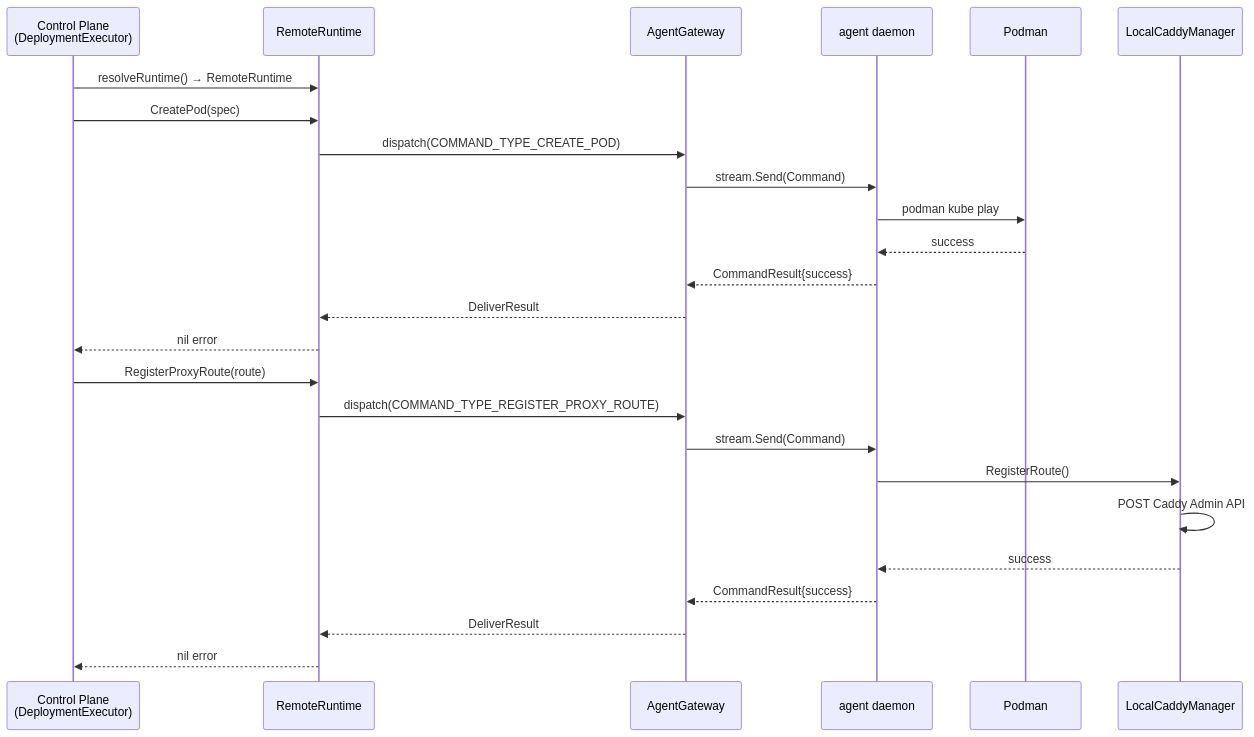
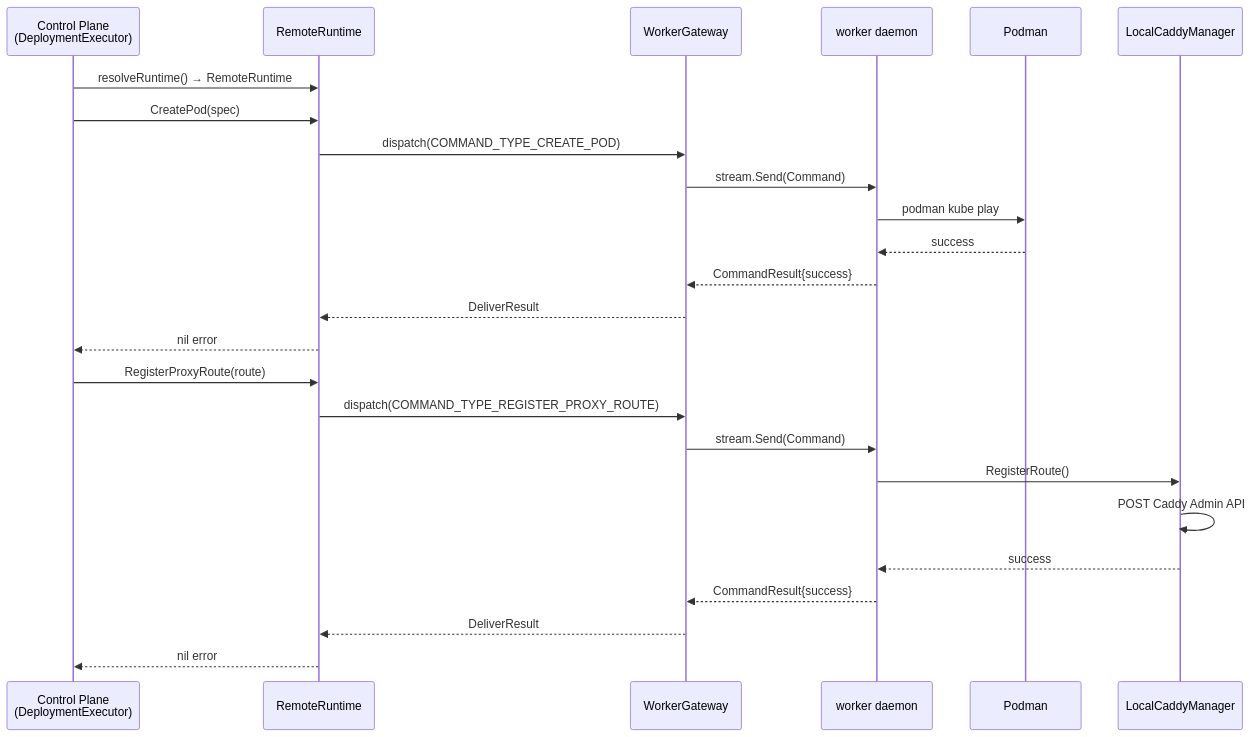
Before and after one commit to IBM/project-ai-services: the second of 5 diagrams in docs/proposals/catalog/remote-worker-agent-proposal.md, drawn with Mermaid. The commit also changed other lines of this file, not shown here.

Commit message:
Change from agent configure/start to worker join

````diff
--- a/docs/proposals/catalog/remote-worker-agent-proposal.md
+++ b/docs/proposals/catalog/remote-worker-agent-proposal.md
@@ -108,29 +108,29 @@
 ```mermaid
 sequenceDiagram
     participant CP as Control Plane<br/>(DeploymentExecutor)
     participant RR as RemoteRuntime
-    participant GW as AgentGateway
-    participant DA as agent daemon
+    participant GW as WorkerGateway
+    participant DA as worker daemon
     participant PM as Podman
     participant CM as LocalCaddyManager
 
     CP->>RR: resolveRuntime() → RemoteRuntime
     CP->>RR: CreatePod(spec)
     RR->>GW: dispatch(COMMAND_TYPE_CREATE_POD)
     GW->>DA: stream.Send(Command)
     DA->>PM: podman kube play
     PM-->>DA: success
     DA-->>GW: CommandResult{success}
     GW-->>RR: DeliverResult
     RR-->>CP: nil error
 
     CP->>RR: RegisterProxyRoute(route)
     RR->>GW: dispatch(COMMAND_TYPE_REGISTER_PROXY_ROUTE)
     GW->>DA: stream.Send(Command)
     DA->>CM: RegisterRoute()
     CM->>CM: POST Caddy Admin API
     CM-->>DA: success
     DA-->>GW: CommandResult{success}
     GW-->>RR: DeliverResult
     RR-->>CP: nil error
 ```
````
